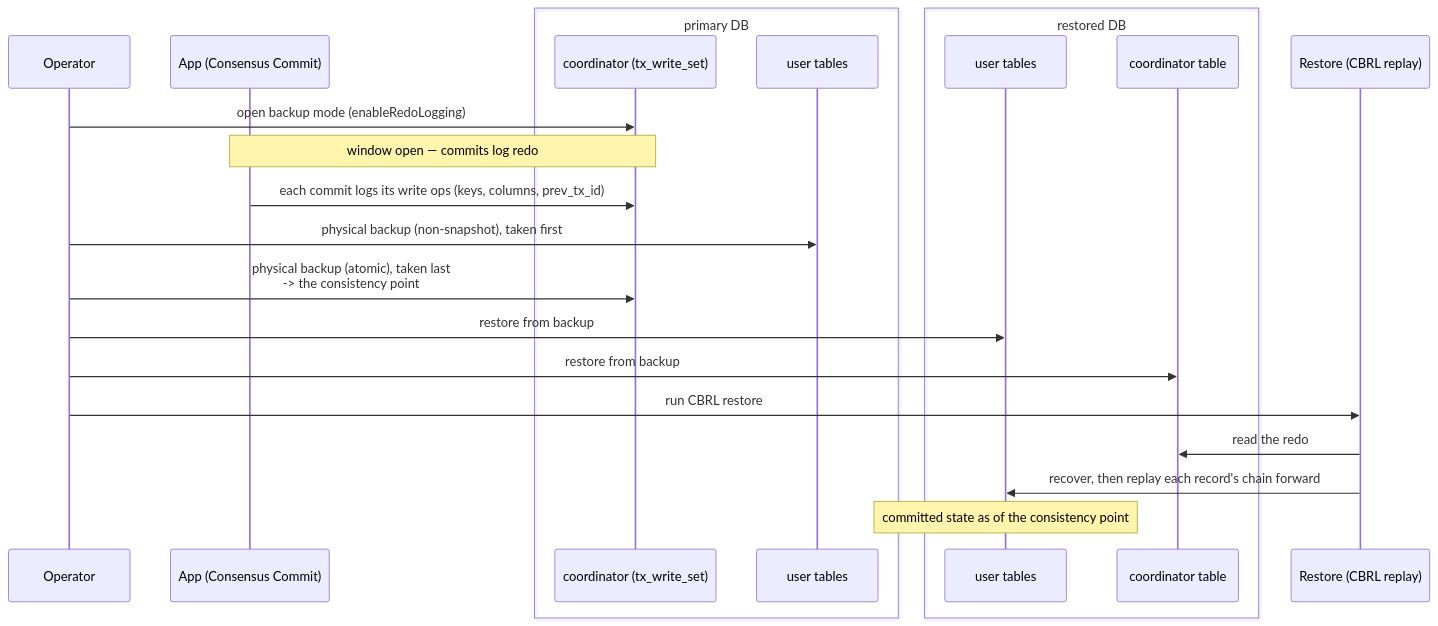
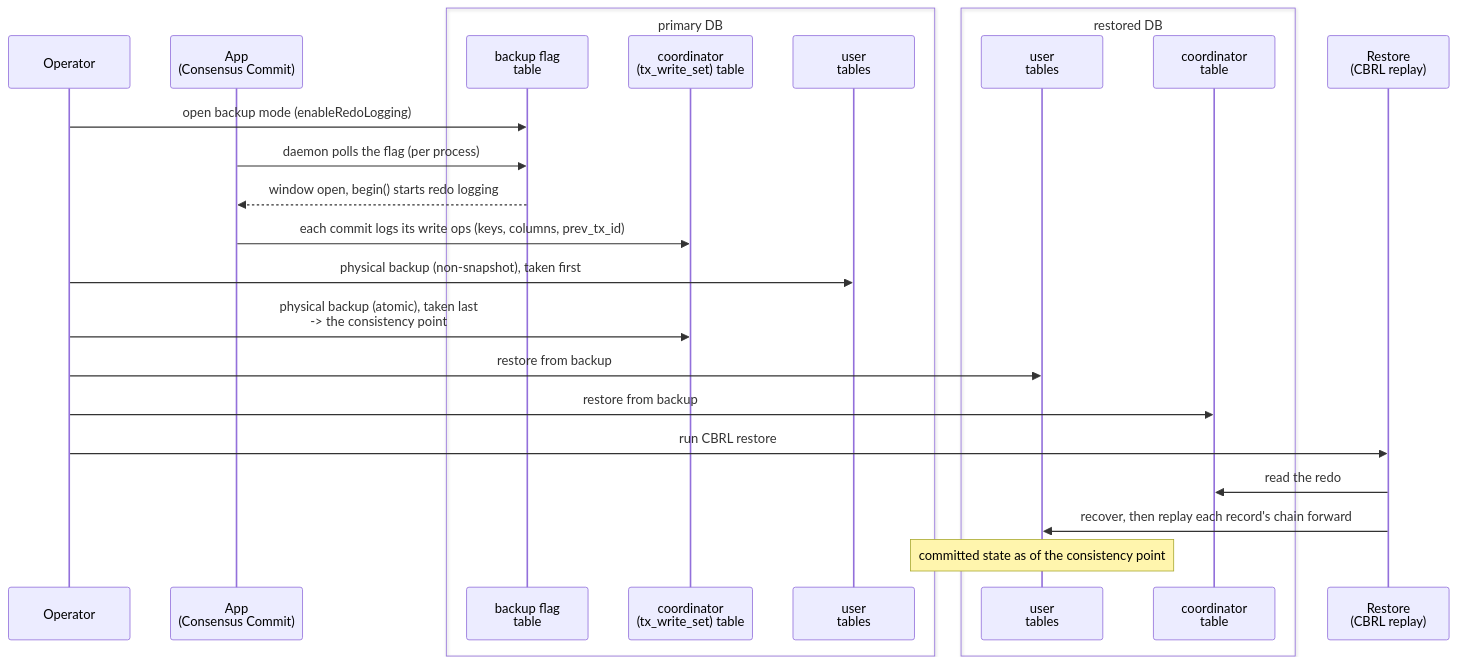
The first of 4 diagrams in cbrl-design.md (scalar-labs/scalardb), drawn with Mermaid before and after one commit. The commit also changed other lines of this file, not shown here.

Commit message:
CBRL design: refine the header diagram and fix mermaid labels
Separate the backup flag table from the coordinator (tx_write_set) table and
route open-backup-mode plus the per-process daemon poll to it; show begin()
starting redo logging once the window is observed. Name every table participant
as a table, fold long participant labels onto two lines, and replace semicolons
in message text (a mermaid statement separator) with commas so both diagrams
parse.

````diff
--- a/cbrl-design.md
+++ b/cbrl-design.md
@@ -21,25 +21,27 @@
 ```mermaid
 sequenceDiagram
     participant Op as Operator
-    participant App as App (Consensus Commit)
+    participant App as App<br/>(Consensus Commit)
     box primary DB
-        participant Co as coordinator (tx_write_set)
-        participant DB as user tables
+        participant Flag as backup flag<br/>table
+        participant Co as coordinator<br/>(tx_write_set) table
+        participant DB as user<br/>tables
     end
     box restored DB
-        participant UTr as user tables
-        participant COr as coordinator table
+        participant UTr as user<br/>tables
+        participant COr as coordinator<br/>table
     end
-    participant R as Restore (CBRL replay)
-    Op->>Co: open backup mode (enableRedoLogging)
-    Note over App,Co: window open — commits log redo
+    participant R as Restore<br/>(CBRL replay)
+    Op->>Flag: open backup mode (enableRedoLogging)
+    App->>Flag: daemon polls the flag (per process)
+    Flag-->>App: window open, begin() starts redo logging
     App->>Co: each commit logs its write ops (keys, columns, prev_tx_id)
     Op->>DB: physical backup (non-snapshot), taken first
     Op->>Co: physical backup (atomic), taken last<br/>-> the consistency point
     Op->>UTr: restore from backup
     Op->>COr: restore from backup
     Op->>R: run CBRL restore
     R->>COr: read the redo
     R->>UTr: recover, then replay each record's chain forward
     Note over UTr: committed state as of the consistency point
 ```
````
